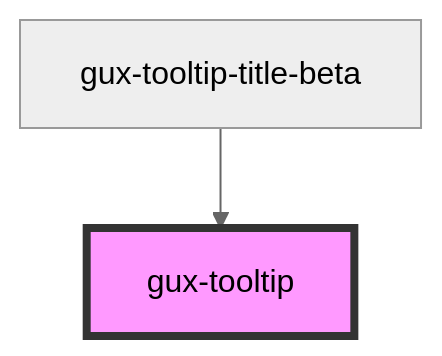
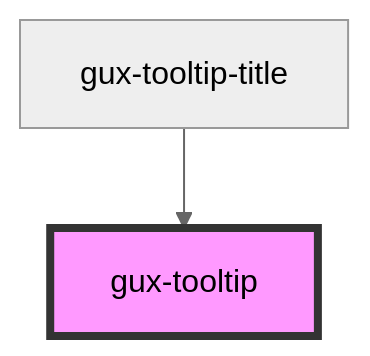
The diagram in src/components/stable/gux-tooltip/readme.md (MyPureCloud/genesys-spark), drawn with Mermaid (neutral theme) before and after one commit. The commit also changed other lines of this file and 272 other files, not shown here.

````diff
--- a/src/components/stable/gux-tooltip/readme.md
+++ b/src/components/stable/gux-tooltip/readme.md
@@ -47,5 +47,5 @@
 ```mermaid
 graph TD;
-  gux-tooltip-title-beta --> gux-tooltip
+  gux-tooltip-title --> gux-tooltip
   style gux-tooltip fill:#f9f,stroke:#333,stroke-width:4px
 ```
````
